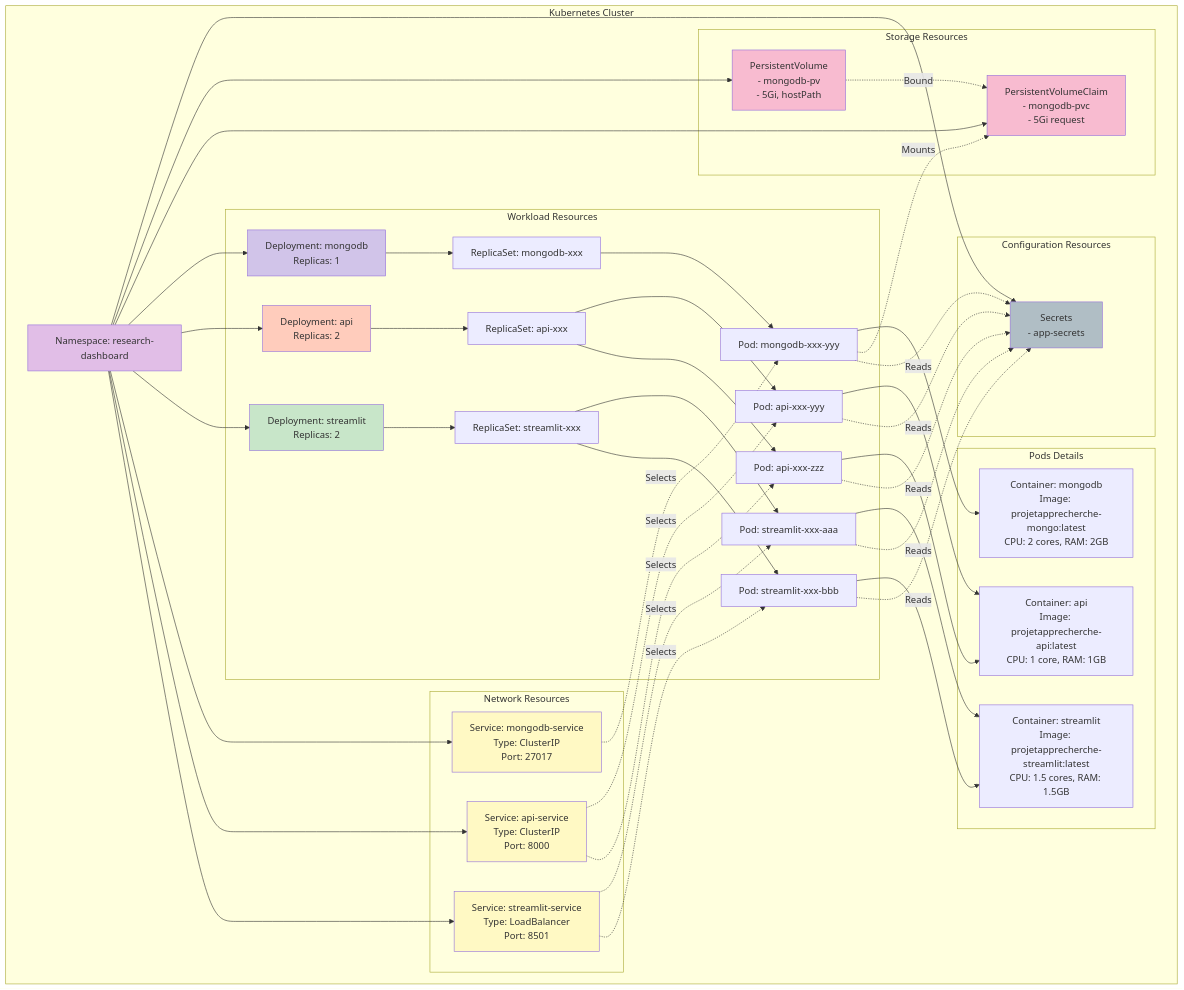
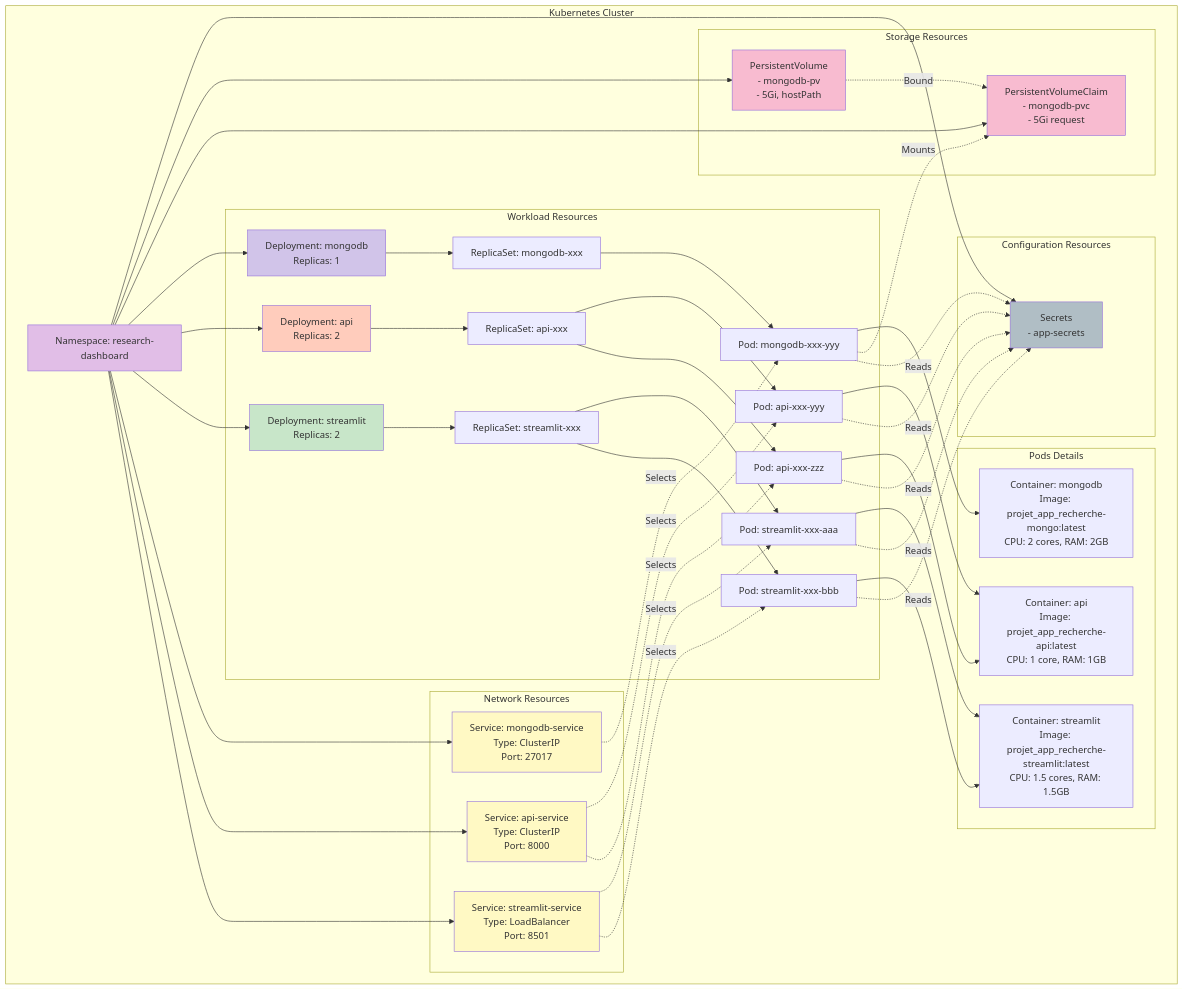
The fifth of 8 diagrams in k8s/docs/ARCHITECTURE.md (ghostondancefloor/Projet_APP_Recherche), drawn with Mermaid before and after one commit. The commit also changed 3 other files, not shown here.

```diff
--- a/k8s/docs/ARCHITECTURE.md
+++ b/k8s/docs/ARCHITECTURE.md
@@ -316,9 +316,9 @@
         end
         
         subgraph "Pods Details"
-            C1[Container: mongodb<br/>Image: projetapprecherche-mongo:latest<br/>CPU: 2 cores, RAM: 2GB]
-            C2[Container: api<br/>Image: projetapprecherche-api:latest<br/>CPU: 1 core, RAM: 1GB]
-            C3[Container: streamlit<br/>Image: projetapprecherche-streamlit:latest<br/>CPU: 1.5 cores, RAM: 1.5GB]
+            C1[Container: mongodb<br/>Image: projet_app_recherche-mongo:latest<br/>CPU: 2 cores, RAM: 2GB]
+            C2[Container: api<br/>Image: projet_app_recherche-api:latest<br/>CPU: 1 core, RAM: 1GB]
+            C3[Container: streamlit<br/>Image: projet_app_recherche-streamlit:latest<br/>CPU: 1.5 cores, RAM: 1.5GB]
         end
     end
     
```
